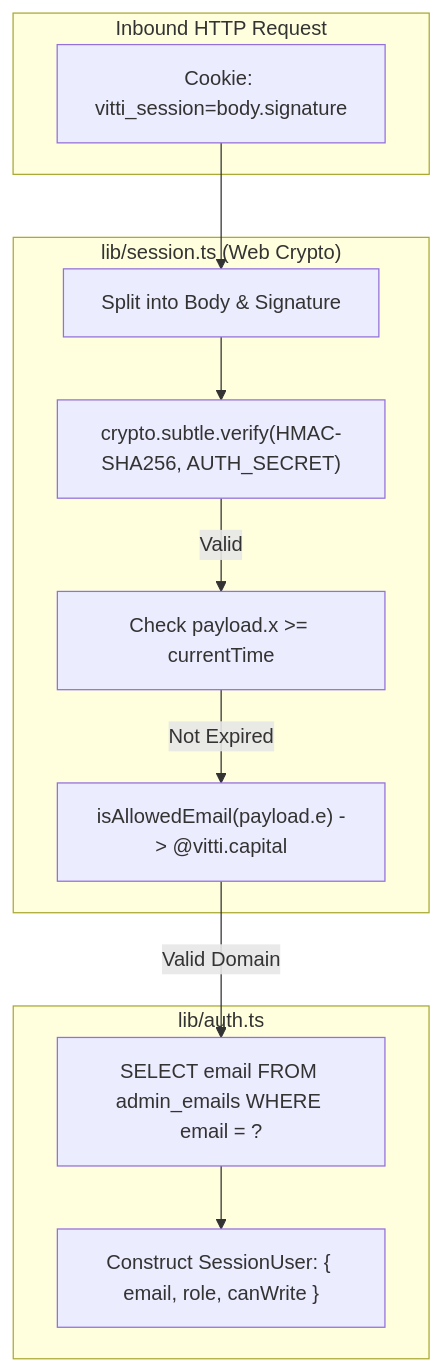
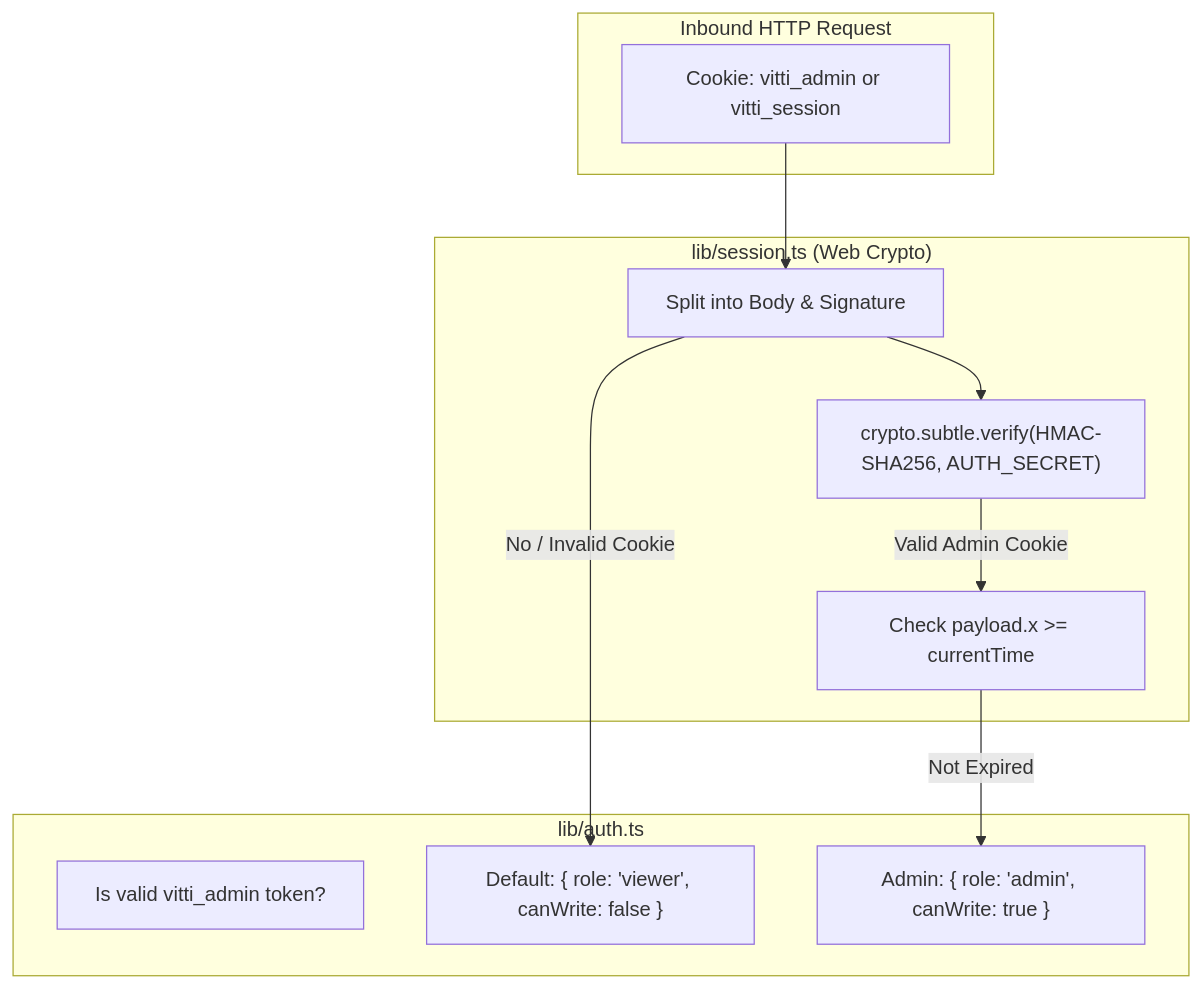
Before and after one commit to Vitti-Capital-Tech/daily-movers-dashboard: the third of 5 diagrams in docs/LLD.md, drawn with Mermaid. The commit also changed other lines of this file and 11 other files, not shown here.

````diff
--- a/docs/LLD.md
+++ b/docs/LLD.md
@@ -245,25 +245,24 @@
 ```mermaid
 graph TD
     subgraph Request["Inbound HTTP Request"]
-        C["Cookie: vitti_session=body.signature"]
+        C["Cookie: vitti_admin or vitti_session"]
     end
 
     subgraph TokenParsing["lib/session.ts (Web Crypto)"]
         Split["Split into Body & Signature"]
         Verify["crypto.subtle.verify(HMAC-SHA256, AUTH_SECRET)"]
         Expiry["Check payload.x >= currentTime"]
-        Domain["isAllowedEmail(payload.e) -> @vitti.capital"]
     end
 
     subgraph AuthLogic["lib/auth.ts"]
-        RoleQuery["SELECT email FROM admin_emails WHERE email = ?"]
-        SessionUser["Construct SessionUser: { email, role, canWrite }"]
+        CheckAdmin["Is valid vitti_admin token?"]
+        DefaultViewer["Default: { role: 'viewer', canWrite: false }"]
+        AdminRole["Admin: { role: 'admin', canWrite: true }"]
     end
 
     C --> Split
     Split --> Verify
-    Verify -->|Valid| Expiry
-    Expiry -->|Not Expired| Domain
-    Domain -->|Valid Domain| RoleQuery
-    RoleQuery --> SessionUser
+    Verify -->|Valid Admin Cookie| Expiry
+    Expiry -->|Not Expired| AdminRole
+    Split -->|No / Invalid Cookie| DefaultViewer
 ```
````
